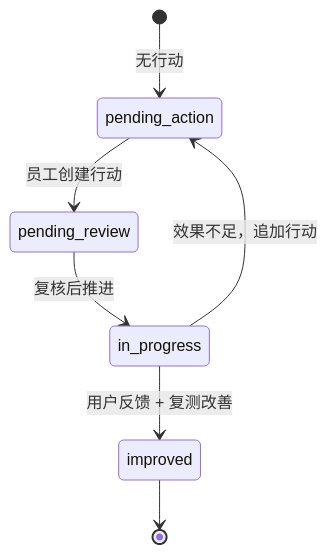
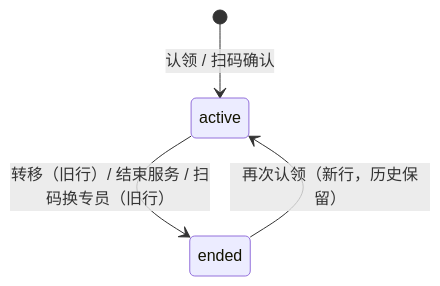
One commit to wjmlong/rehealth_tongbu changed the fourth of 7 diagrams in docs/保险侧服务关系与扫码关联.md. Above: the diagram before and after it, drawn with Mermaid. The commit also changed other lines of this file and 4 other files, not shown here.

````diff
--- a/docs/保险侧服务关系与扫码关联.md
+++ b/docs/保险侧服务关系与扫码关联.md
@@ -472,9 +58,6 @@
 ```mermaid
 stateDiagram-v2
-    [*] --> pending_action: 无行动
-    pending_action --> pending_review: 员工创建行动
-    pending_review --> in_progress: 复核后推进
-    in_progress --> improved: 用户反馈 + 复测改善
-    in_progress --> pending_action: 效果不足，追加行动
-    improved --> [*]
+    [*] --> active: 认领 / 扫码确认
+    active --> ended: 转移（旧行）/ 结束服务 / 扫码换专员（旧行）
+    ended --> active: 再次认领（新行，历史保留）
 ```
````
